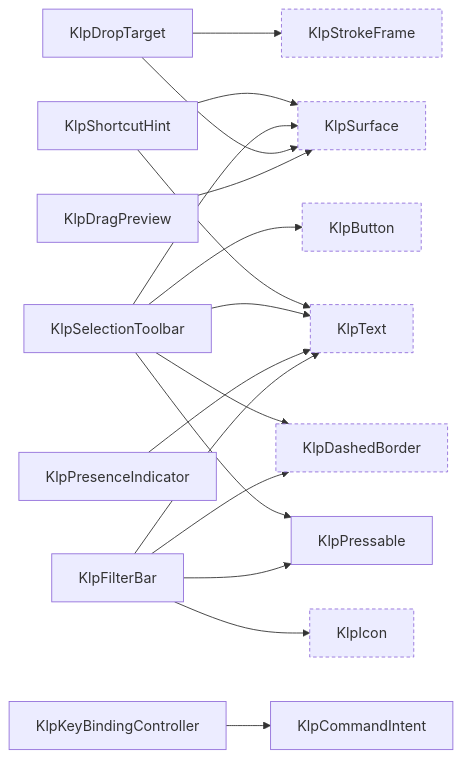
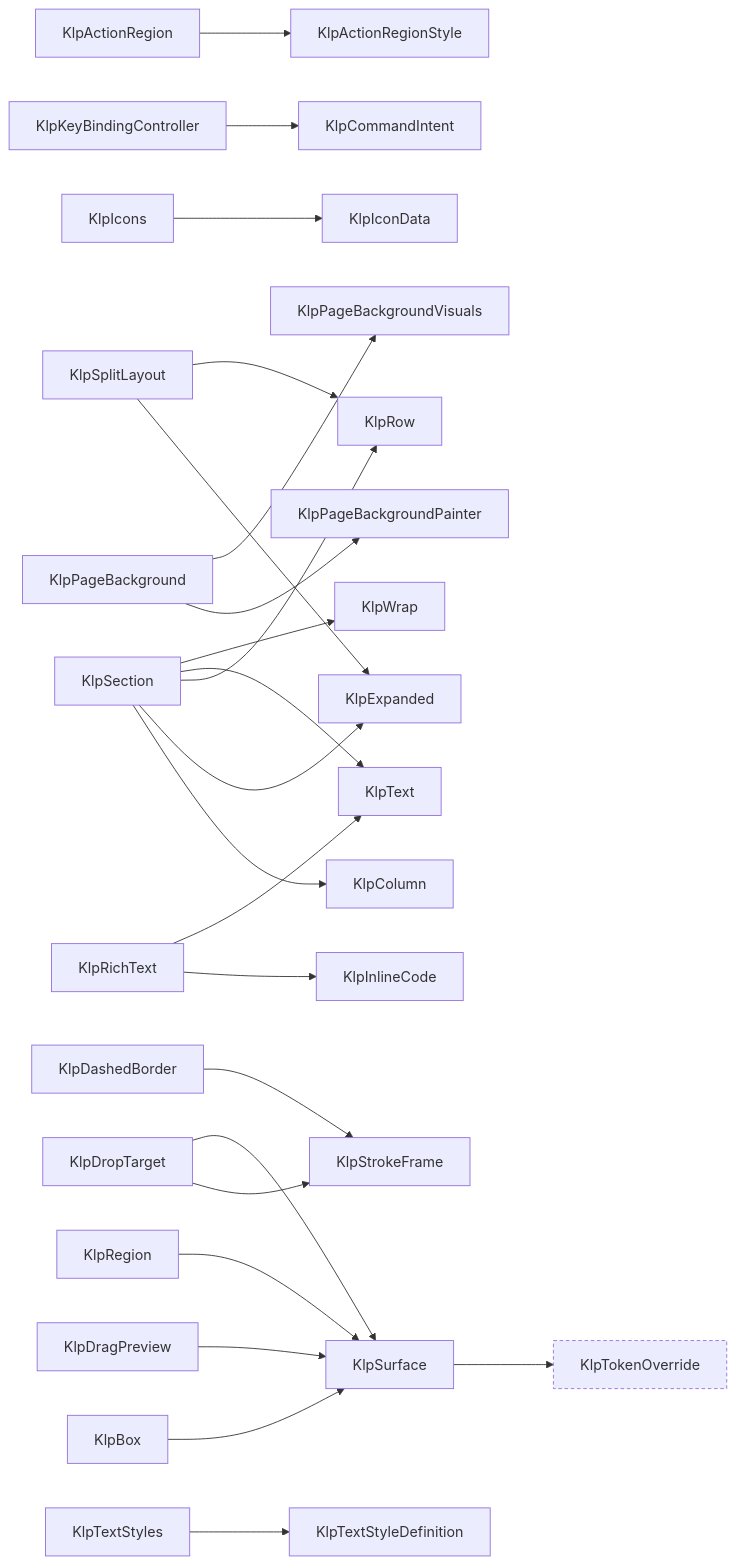
Before and after one commit to MiuDog/Kallopis: the second of 2 diagrams in spec/component-inventory.md, drawn with Mermaid. The commit also changed other lines of this file and 3539 other files, not shown here.

````diff
--- a/spec/component-inventory.md
+++ b/spec/component-inventory.md
@@ -321,35 +165,54 @@
 ```mermaid
 graph LR
-  KlpButton["KlpButton"]:::external
+  KlpActionRegion["KlpActionRegion"]
+  KlpActionRegionStyle["KlpActionRegionStyle"]
+  KlpBox["KlpBox"]
+  KlpColumn["KlpColumn"]
   KlpCommandIntent["KlpCommandIntent"]
-  KlpDashedBorder["KlpDashedBorder"]:::external
+  KlpDashedBorder["KlpDashedBorder"]
   KlpDragPreview["KlpDragPreview"]
   KlpDropTarget["KlpDropTarget"]
-  KlpFilterBar["KlpFilterBar"]
-  KlpIcon["KlpIcon"]:::external
+  KlpExpanded["KlpExpanded"]
+  KlpIconData["KlpIconData"]
+  KlpIcons["KlpIcons"]
+  KlpInlineCode["KlpInlineCode"]
   KlpKeyBindingController["KlpKeyBindingController"]
-  KlpPresenceIndicator["KlpPresenceIndicator"]
-  KlpPressable["KlpPressable"]
-  KlpSelectionToolbar["KlpSelectionToolbar"]
-  KlpShortcutHint["KlpShortcutHint"]
-  KlpStrokeFrame["KlpStrokeFrame"]:::external
-  KlpSurface["KlpSurface"]:::external
-  KlpText["KlpText"]:::external
+  KlpPageBackground["KlpPageBackground"]
+  KlpPageBackgroundPainter["KlpPageBackgroundPainter"]
+  KlpPageBackgroundVisuals["KlpPageBackgroundVisuals"]
+  KlpRegion["KlpRegion"]
+  KlpRichText["KlpRichText"]
+  KlpRow["KlpRow"]
+  KlpSection["KlpSection"]
+  KlpSplitLayout["KlpSplitLayout"]
+  KlpStrokeFrame["KlpStrokeFrame"]
+  KlpSurface["KlpSurface"]
+  KlpText["KlpText"]
+  KlpTextStyleDefinition["KlpTextStyleDefinition"]
+  KlpTextStyles["KlpTextStyles"]
+  KlpTokenOverride["KlpTokenOverride"]:::external
+  KlpWrap["KlpWrap"]
+  KlpActionRegion --> KlpActionRegionStyle
+  KlpBox --> KlpSurface
+  KlpDashedBorder --> KlpStrokeFrame
   KlpDragPreview --> KlpSurface
   KlpDropTarget --> KlpStrokeFrame
   KlpDropTarget --> KlpSurface
-  KlpFilterBar --> KlpDashedBorder
-  KlpFilterBar --> KlpIcon
-  KlpFilterBar --> KlpPressable
-  KlpFilterBar --> KlpText
+  KlpIcons --> KlpIconData
   KlpKeyBindingController --> KlpCommandIntent
-  KlpPresenceIndicator --> KlpText
-  KlpSelectionToolbar --> KlpButton
-  KlpSelectionToolbar --> KlpDashedBorder
-  KlpSelectionToolbar --> KlpPressable
-  KlpSelectionToolbar --> KlpSurface
-  KlpSelectionToolbar --> KlpText
-  KlpShortcutHint --> KlpSurface
-  KlpShortcutHint --> KlpText
+  KlpPageBackground --> KlpPageBackgroundPainter
+  KlpPageBackground --> KlpPageBackgroundVisuals
+  KlpRegion --> KlpSurface
+  KlpRichText --> KlpInlineCode
+  KlpRichText --> KlpText
+  KlpSection --> KlpColumn
+  KlpSection --> KlpExpanded
+  KlpSection --> KlpRow
+  KlpSection --> KlpText
+  KlpSection --> KlpWrap
+  KlpSplitLayout --> KlpExpanded
+  KlpSplitLayout --> KlpRow
+  KlpSurface --> KlpTokenOverride
+  KlpTextStyles --> KlpTextStyleDefinition
   classDef external stroke-dasharray: 4 3;
 ```
````
